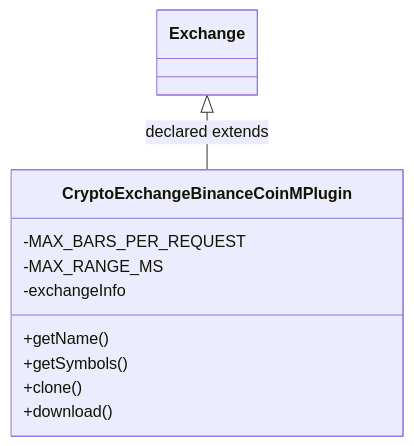
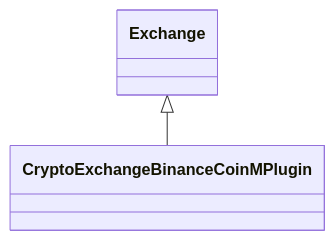
One commit to haruperi/HaruQuantAI changed the diagram in docs/sqx/DataManager/CryptoExchangeBinanceCoinM.md. Above: the diagram before and after it, drawn with Mermaid. The commit also changed other lines of this file and 1688 other files, not shown here.

````diff
--- a/docs/sqx/DataManager/CryptoExchangeBinanceCoinM.md
+++ b/docs/sqx/DataManager/CryptoExchangeBinanceCoinM.md
@@ -30,14 +26,6 @@
 ```mermaid
 classDiagram
-    class C8941e36892ac["CryptoExchangeBinanceCoinMPlugin"] {
-        -MAX_BARS_PER_REQUEST
-        -MAX_RANGE_MS
-        -exchangeInfo
-        +getName()
-        +getSymbols()
-        +clone()
-        +download()
-    }
-    class Cdc5bf0b36300["Exchange"]
-    Cdc5bf0b36300 <|-- C8941e36892ac : declared extends
+    class C0["CryptoExchangeBinanceCoinMPlugin"]
+    class E0["Exchange"]
+    E0 <|-- C0
 ```
````
